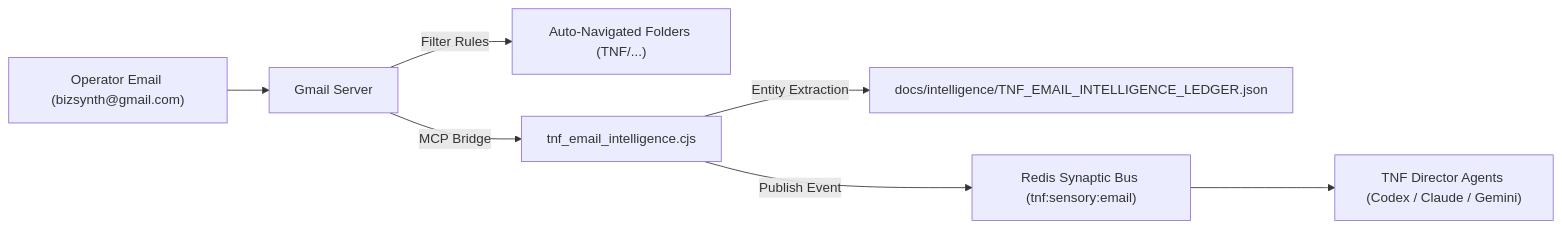
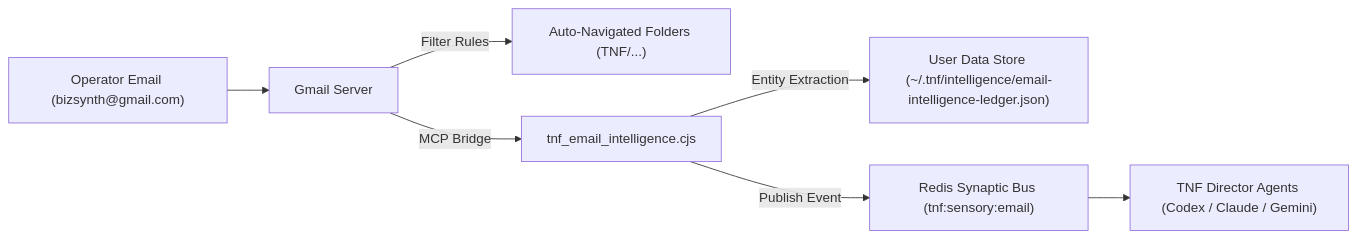
One commit to whodaniel/The-New-Fuse changed the diagram in .agent/skills/tnf-email-intelligence/SKILL.md. Above: the diagram before and after it, drawn with Mermaid. The commit also changed other lines of this file and 34 other files, not shown here.

````diff
--- a/.agent/skills/tnf-email-intelligence/SKILL.md
+++ b/.agent/skills/tnf-email-intelligence/SKILL.md
@@ -65,9 +67,9 @@
 ```mermaid
 flowchart LR
     A["Operator Email (bizsynth@gmail.com)"] --> B["Gmail Server"]
     B -->|Filter Rules| C["Auto-Navigated Folders (TNF/...)"]
     B -->|MCP Bridge| D["tnf_email_intelligence.cjs"]
-    D -->|Entity Extraction| E["docs/intelligence/TNF_EMAIL_INTELLIGENCE_LEDGER.json"]
+    D -->|Entity Extraction| E["User Data Store (~/.tnf/intelligence/email-intelligence-ledger.json)"]
     D -->|Publish Event| F["Redis Synaptic Bus (tnf:sensory:email)"]
     F --> G["TNF Director Agents (Codex / Claude / Gemini)"]
 ```
````
